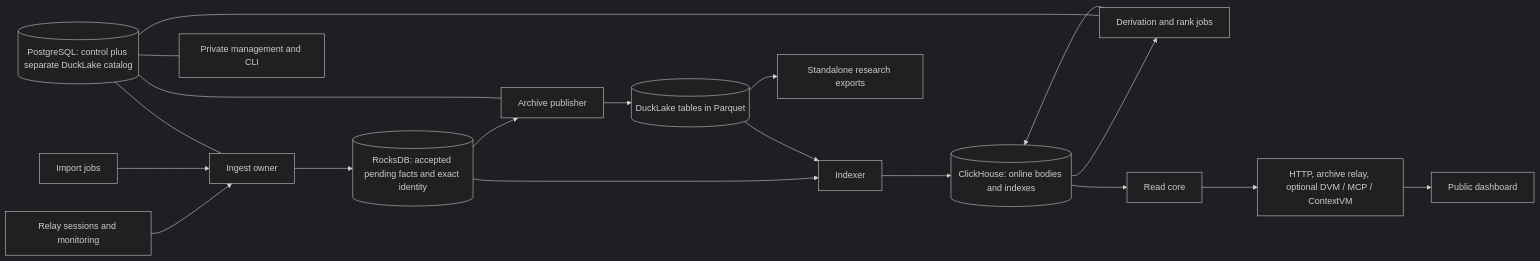
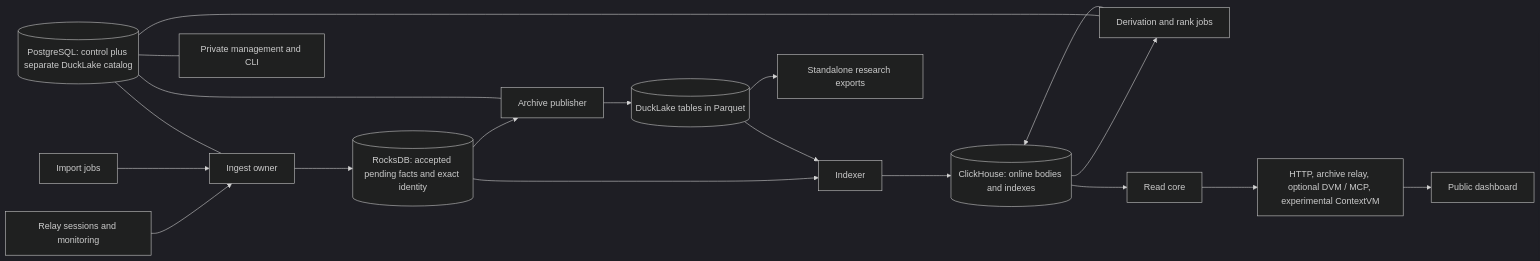
The diagram in docs/start-here.md (BigBrotr/bigbrotr-rs), drawn with Mermaid (dark theme) before and after one commit. The commit also changed other lines of this file and 64 other files, not shown here.

````diff
--- a/docs/start-here.md
+++ b/docs/start-here.md
@@ -27,21 +27,21 @@
 ```mermaid
 flowchart LR
   R[Relay sessions and monitoring] --> I[Ingest owner]
   F[Import jobs] --> I
   I --> W[(RocksDB: accepted pending facts and exact identity)]
   W --> A[Archive publisher]
   A --> L[(DuckLake tables in Parquet)]
   W --> X[Indexer]
   L --> X
   X --> C[(ClickHouse: online bodies and indexes)]
   C --> G[Derivation and rank jobs]
   G --> C
   C --> Q[Read core]
-  Q --> H[HTTP, archive relay, optional DVM / MCP / ContextVM]
+  Q --> H[HTTP, archive relay, optional DVM / MCP, experimental ContextVM]
   H --> U[Public dashboard]
   L --> E[Standalone research exports]
   P[(PostgreSQL: control plus separate DuckLake catalog)] --- I
   P --- A
   P --- G
   P --- M[Private management and CLI]
 ```
````
